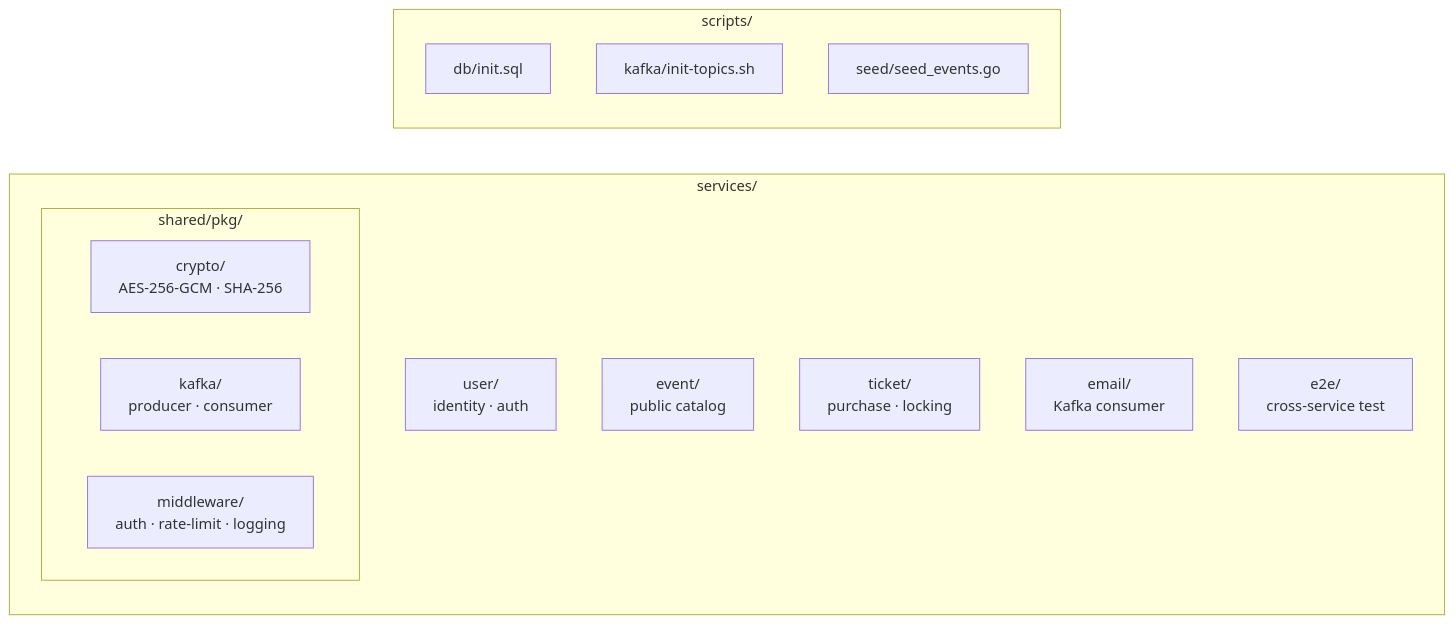
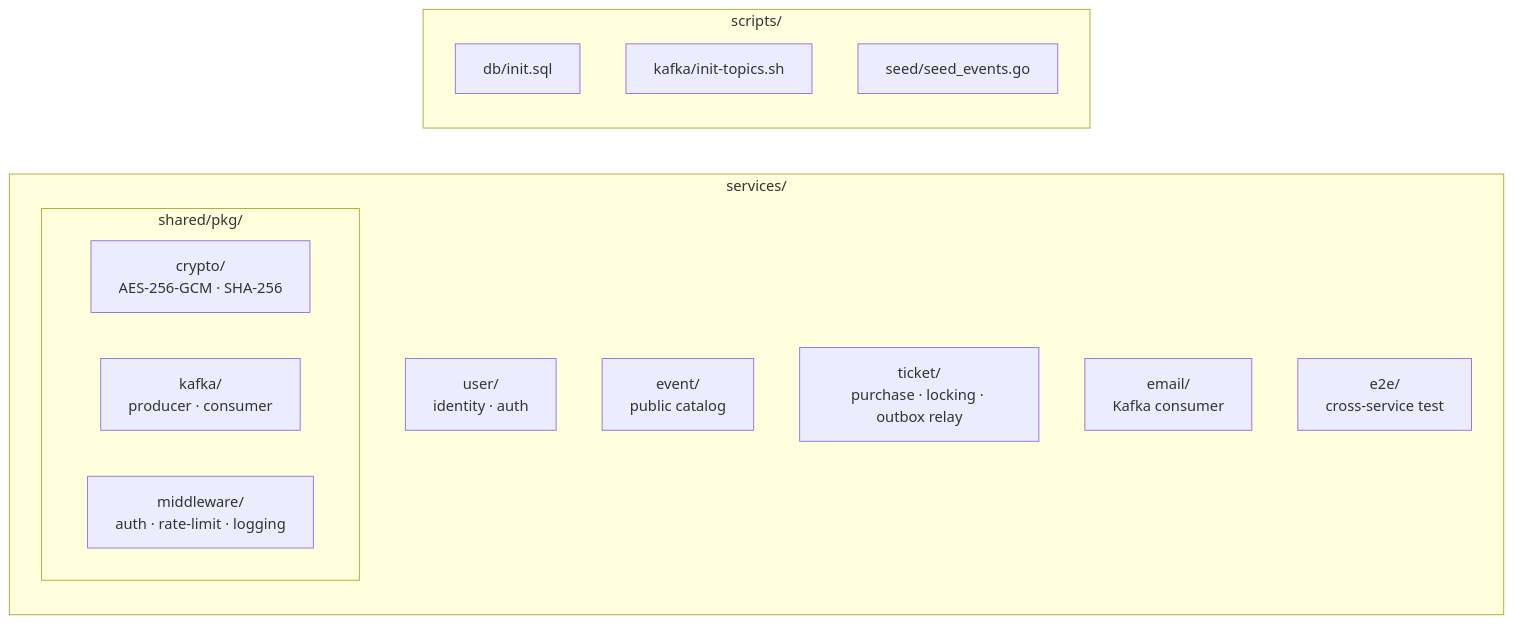
Before and after one commit to RyanOngWK/Event-Ticket-Booking-Platform: the diagram in wiki/sources/code-structure.md, drawn with Mermaid. The commit also changed other lines of this file and 29 other files, not shown here.

````diff
--- a/wiki/sources/code-structure.md
+++ b/wiki/sources/code-structure.md
@@ -17,22 +17,22 @@
 ```mermaid
 flowchart LR
     subgraph services["services/"]
         direction TB
         subgraph shared["shared/pkg/"]
             sh_crypto["crypto/<br/>AES-256-GCM · SHA-256"]
             sh_kafka["kafka/<br/>producer · consumer"]
             sh_mw["middleware/<br/>auth · rate-limit · logging"]
         end
         svc_user["user/<br/>identity · auth"]
         svc_event["event/<br/>public catalog"]
-        svc_ticket["ticket/<br/>purchase · locking"]
+        svc_ticket["ticket/<br/>purchase · locking · outbox relay"]
         svc_email["email/<br/>Kafka consumer"]
         svc_e2e["e2e/<br/>cross-service test"]
     end
     subgraph scripts["scripts/"]
         direction TB
         sc_db["db/init.sql"]
         sc_kafka["kafka/init-topics.sh"]
         sc_seed["seed/seed_events.go"]
     end
 ```
````
